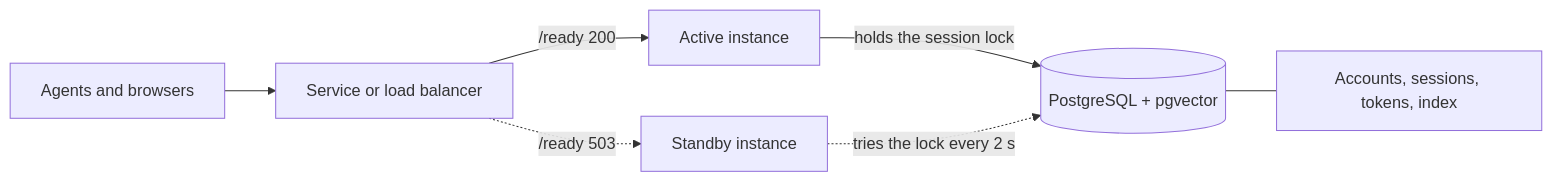
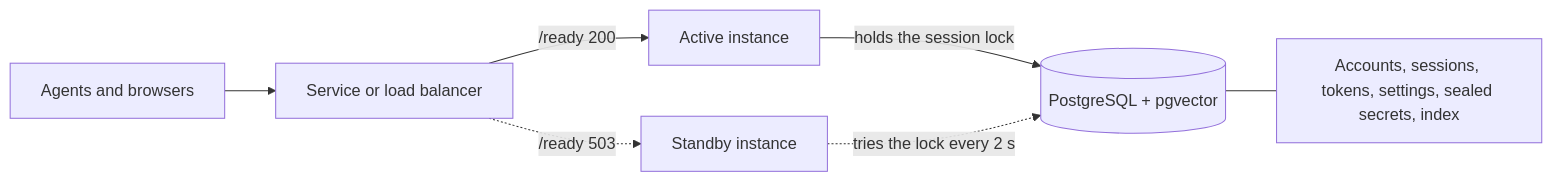
The tenth of 20 diagrams in docs/deployment.md (jordiboehme/crystalline), drawn with Mermaid before and after one commit. The commit also changed other lines of this file and 10 other files, not shown here.

````diff
--- a/docs/deployment.md
+++ b/docs/deployment.md
@@ -346,9 +348,9 @@
 ```mermaid
 flowchart LR
     A[Agents and browsers] --> LB[Service or load balancer]
     LB -->|/ready 200| ACT[Active instance]
     LB -.->|/ready 503| SB[Standby instance]
     ACT -->|holds the session lock| PG[(PostgreSQL + pgvector)]
     SB -.->|tries the lock every 2 s| PG
-    PG --- ST[Accounts, sessions, tokens, index]
+    PG --- ST[Accounts, sessions, tokens, settings, sealed secrets, index]
 ```
````
